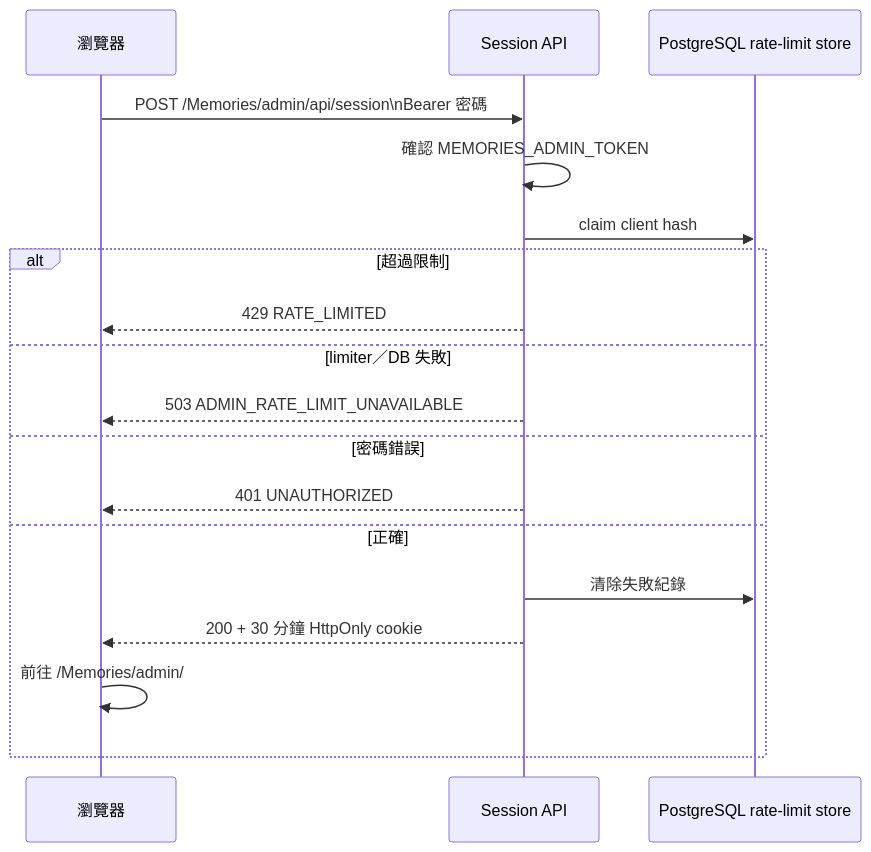
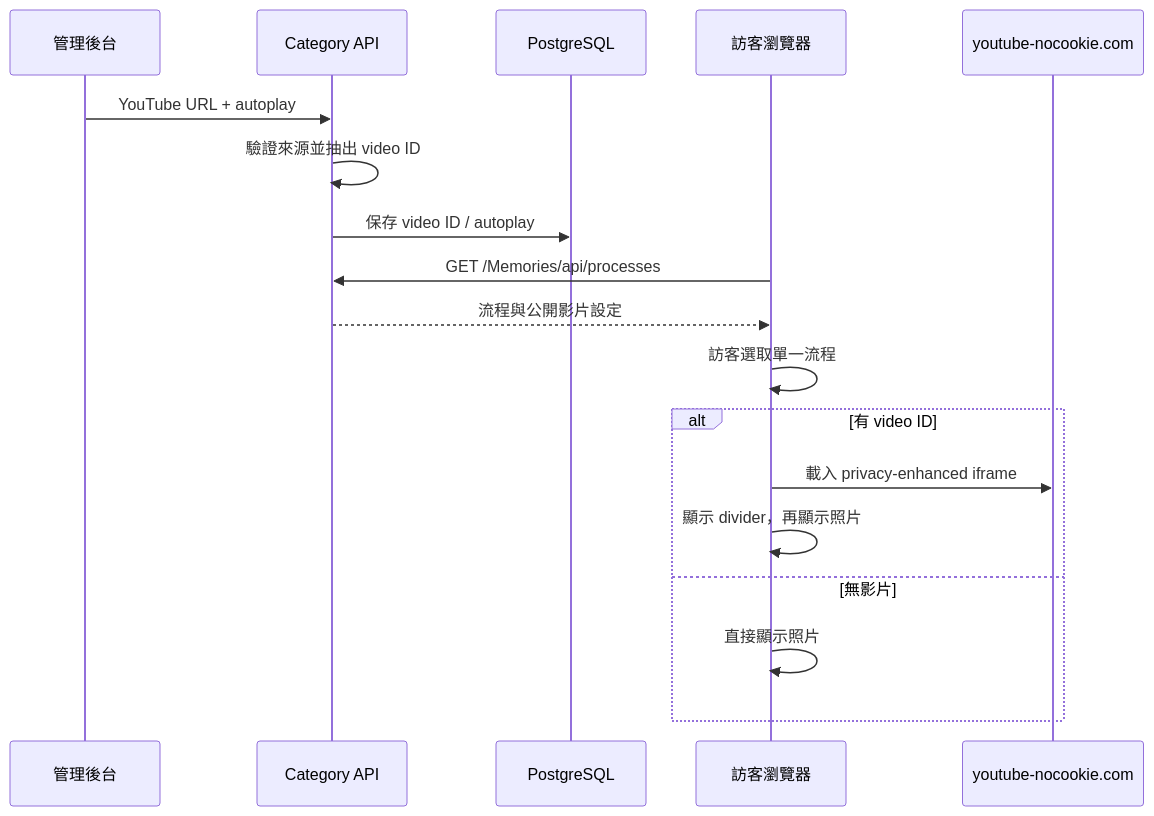
The third of 4 diagrams in README.md (royleon4/huang_yeh_wedding), drawn with Mermaid before and after one commit. The commit also changed other lines of this file, not shown here.

````diff
--- a/README.md
+++ b/README.md
@@ -208,21 +184,21 @@
 ```mermaid
 sequenceDiagram
-  participant B as 瀏覽器
-  participant S as Session API
-  participant R as PostgreSQL rate-limit store
+  participant A as 管理後台
+  participant API as Category API
+  participant DB as PostgreSQL
+  participant B as 訪客瀏覽器
+  participant Y as youtube-nocookie.com
 
-  B->>S: POST /Memories/admin/api/session\nBearer 密碼
-  S->>S: 確認 MEMORIES_ADMIN_TOKEN
-  S->>R: claim client hash
-  alt 超過限制
-    S-->>B: 429 RATE_LIMITED
-  else limiter／DB 失敗
-    S-->>B: 503 ADMIN_RATE_LIMIT_UNAVAILABLE
-  else 密碼錯誤
-    S-->>B: 401 UNAUTHORIZED
-  else 正確
-    S->>R: 清除失敗紀錄
-    S-->>B: 200 + 30 分鐘 HttpOnly cookie
-    B->>B: 前往 /Memories/admin/
+  A->>API: YouTube URL + autoplay
+  API->>API: 驗證來源並抽出 video ID
+  API->>DB: 保存 video ID / autoplay
+  B->>API: GET /Memories/api/processes
+  API-->>B: 流程與公開影片設定
+  B->>B: 訪客選取單一流程
+  alt 有 video ID
+    B->>Y: 載入 privacy-enhanced iframe
+    B->>B: 顯示 divider，再顯示照片
+  else 無影片
+    B->>B: 直接顯示照片
   end
 ```
````
